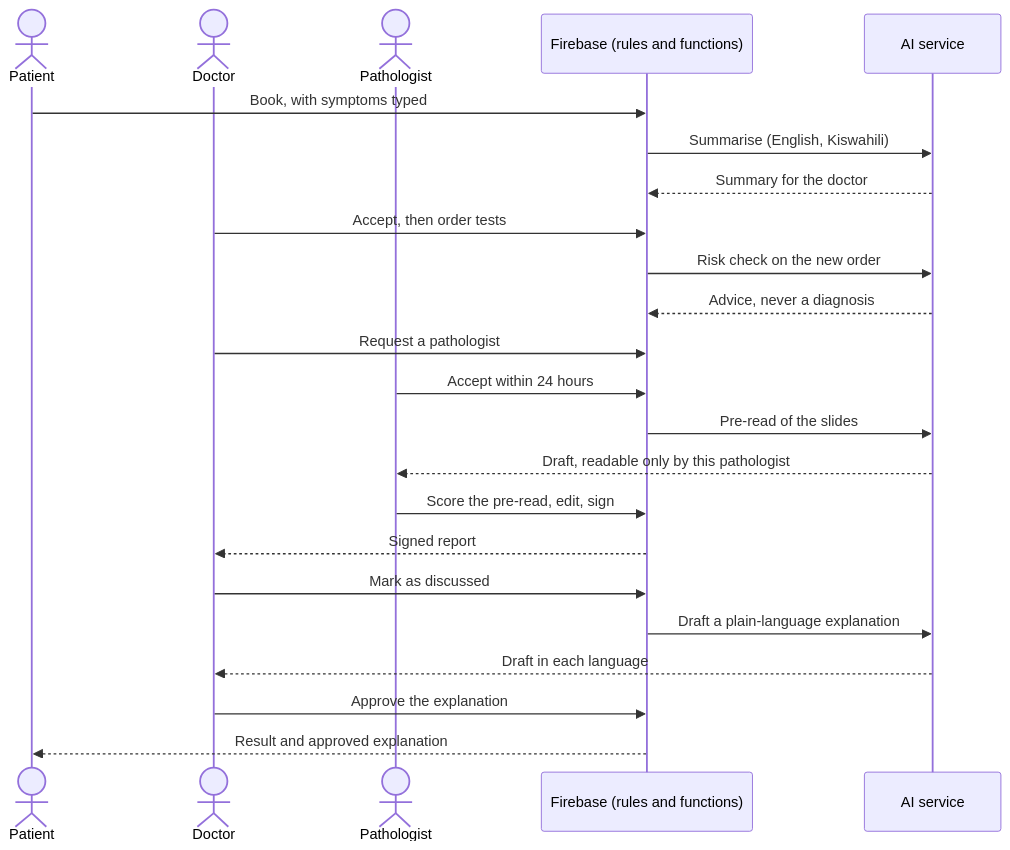
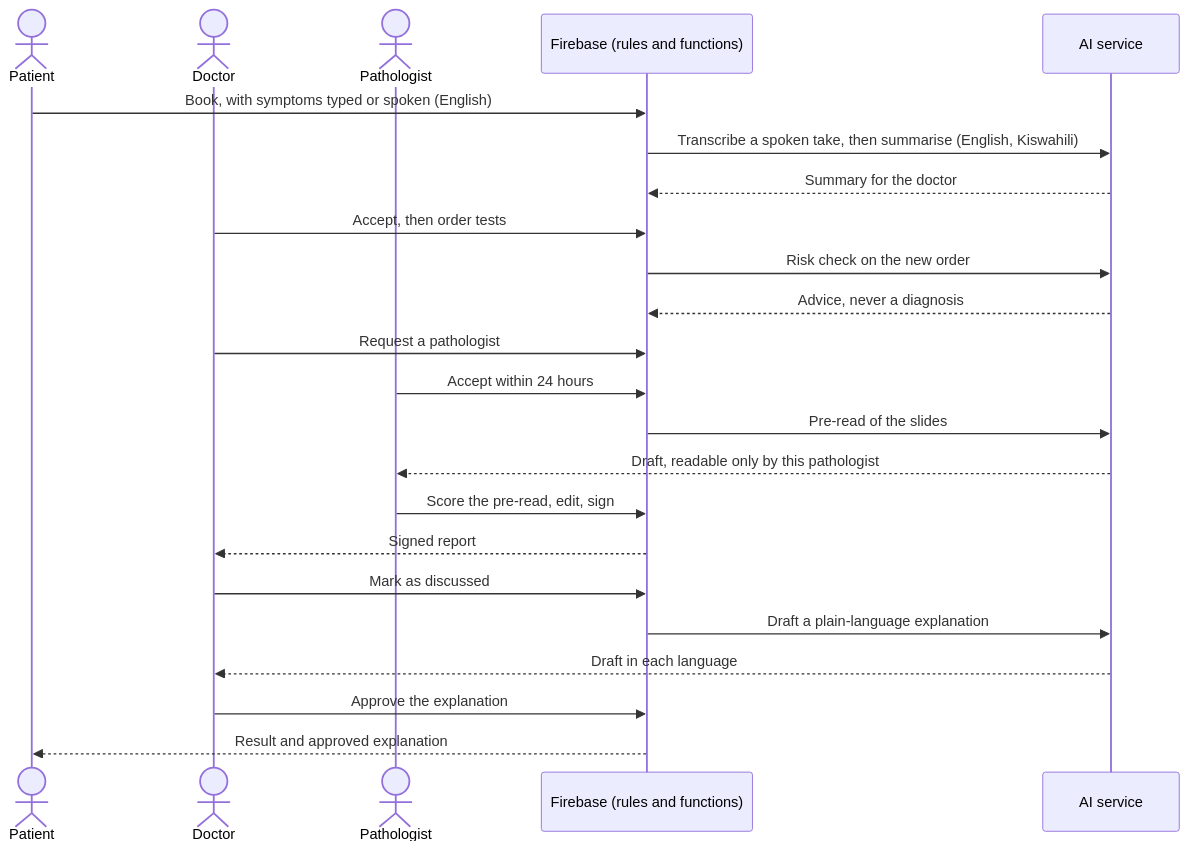
Before and after one commit to Wauguzi/tabibu: the diagram in README.md, drawn with Mermaid. The commit also changed other lines of this file and 4 other files, not shown here.

````diff
--- a/README.md
+++ b/README.md
@@ -127,26 +127,26 @@
 ```mermaid
 sequenceDiagram
     actor P as Patient
     actor D as Doctor
     actor X as Pathologist
     participant F as Firebase (rules and functions)
     participant AI as AI service
 
-    P->>F: Book, with symptoms typed
-    F->>AI: Summarise (English, Kiswahili)
+    P->>F: Book, with symptoms typed or spoken (English)
+    F->>AI: Transcribe a spoken take, then summarise (English, Kiswahili)
     AI-->>F: Summary for the doctor
     D->>F: Accept, then order tests
     F->>AI: Risk check on the new order
     AI-->>F: Advice, never a diagnosis
     D->>F: Request a pathologist
     X->>F: Accept within 24 hours
     F->>AI: Pre-read of the slides
     AI-->>X: Draft, readable only by this pathologist
     X->>F: Score the pre-read, edit, sign
     F-->>D: Signed report
     D->>F: Mark as discussed
     F->>AI: Draft a plain-language explanation
     AI-->>D: Draft in each language
     D->>F: Approve the explanation
     F-->>P: Result and approved explanation
 ```
````
